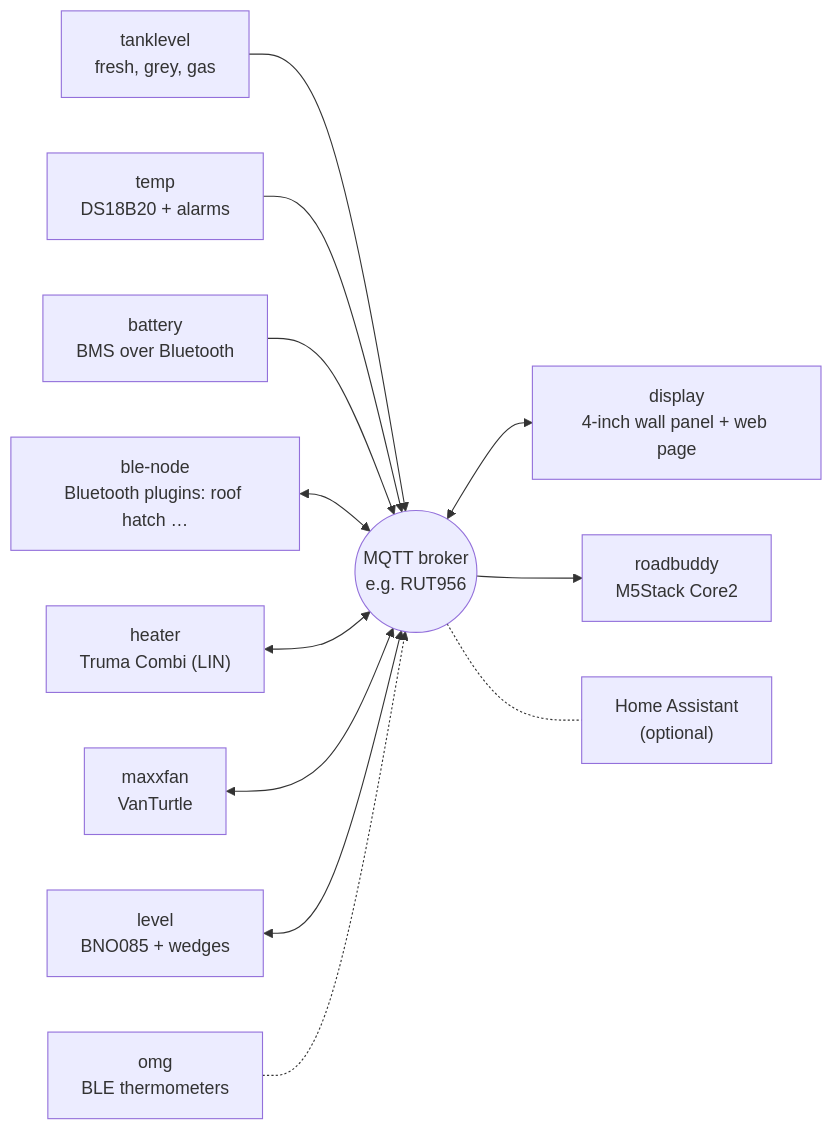
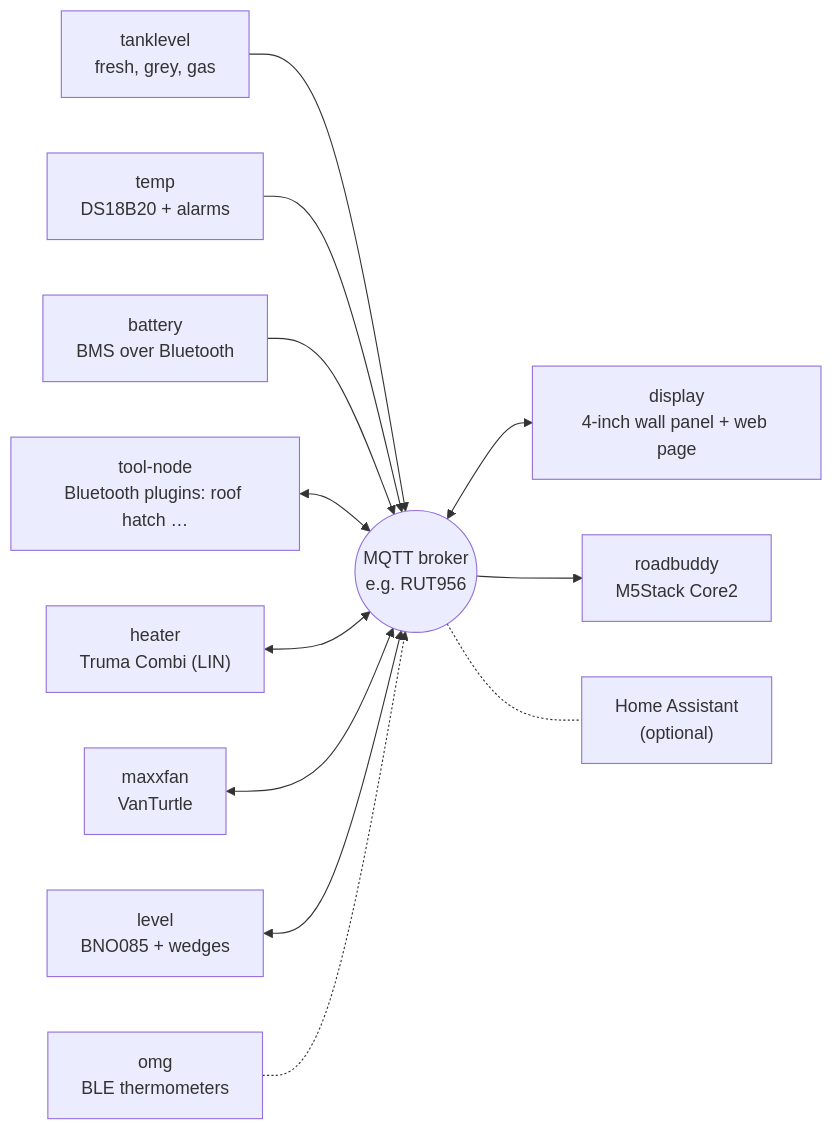
Before and after one commit to hflocki/vannode: the diagram in README.md, drawn with Mermaid. The commit also changed other lines of this file and 28 other files, not shown here.

Commit message:
ble 2.0.1 / display 2.17.0: general BLE node becomes tool-node (camper/tool), display with BLE nodes Battery, Tool, Tool 2, Tool 3

````diff
--- a/README.md
+++ b/README.md
@@ -27,15 +27,15 @@
 ```mermaid
 flowchart LR
   broker(("MQTT broker<br/>e.g. RUT956"))
   tank["tanklevel<br/>fresh, grey, gas"] --> broker
   temp["temp<br/>DS18B20 + alarms"] --> broker
   bat["battery<br/>BMS over Bluetooth"] --> broker
-  tool["ble-node<br/>Bluetooth plugins: roof hatch …"] <--> broker
+  tool["tool-node<br/>Bluetooth plugins: roof hatch …"] <--> broker
   heater["heater<br/>Truma Combi (LIN)"] <--> broker
   fan["maxxfan<br/>VanTurtle"] <--> broker
   level["level<br/>BNO085 + wedges"] <--> broker
   omg["omg<br/>BLE thermometers"] -.-> broker
   broker <--> display["display<br/>4-inch wall panel + web page"]
   broker --> rb["roadbuddy<br/>M5Stack Core2"]
   broker -.- ha["Home Assistant<br/>(optional)"]
 ```
````
